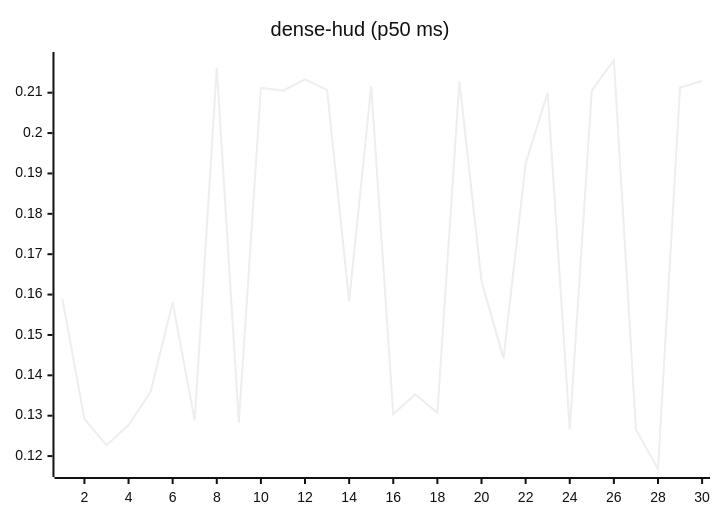
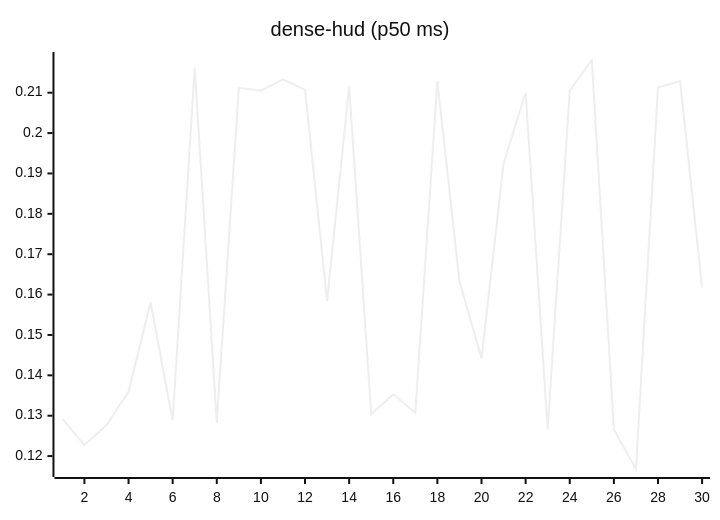
The eighth of 27 diagrams in README.md (josha/Facet), drawn with Mermaid (neutral theme) before and after one commit. The commit also changed other lines of this file and 2 other files, not shown here.

````diff
--- a/README.md
+++ b/README.md
@@ -112,6 +112,6 @@
 ```mermaid
 xychart-beta
     title "dense-hud (p50 ms)"
     x-axis 1 --> 30
-    line [0.1589, 0.1292, 0.1227, 0.1277, 0.1359, 0.1581, 0.1288, 0.2162, 0.1283, 0.2112, 0.2105, 0.2133, 0.2107, 0.1584, 0.2116, 0.1304, 0.1353, 0.1307, 0.2129, 0.1633, 0.1442, 0.1925, 0.2100, 0.1266, 0.2105, 0.2181, 0.1266, 0.1168, 0.2113, 0.2129]
+    line [0.1292, 0.1227, 0.1277, 0.1359, 0.1581, 0.1288, 0.2162, 0.1283, 0.2112, 0.2105, 0.2133, 0.2107, 0.1584, 0.2116, 0.1304, 0.1353, 0.1307, 0.2129, 0.1633, 0.1442, 0.1925, 0.2100, 0.1266, 0.2105, 0.2181, 0.1266, 0.1168, 0.2113, 0.2129, 0.1617]
 ```
````
